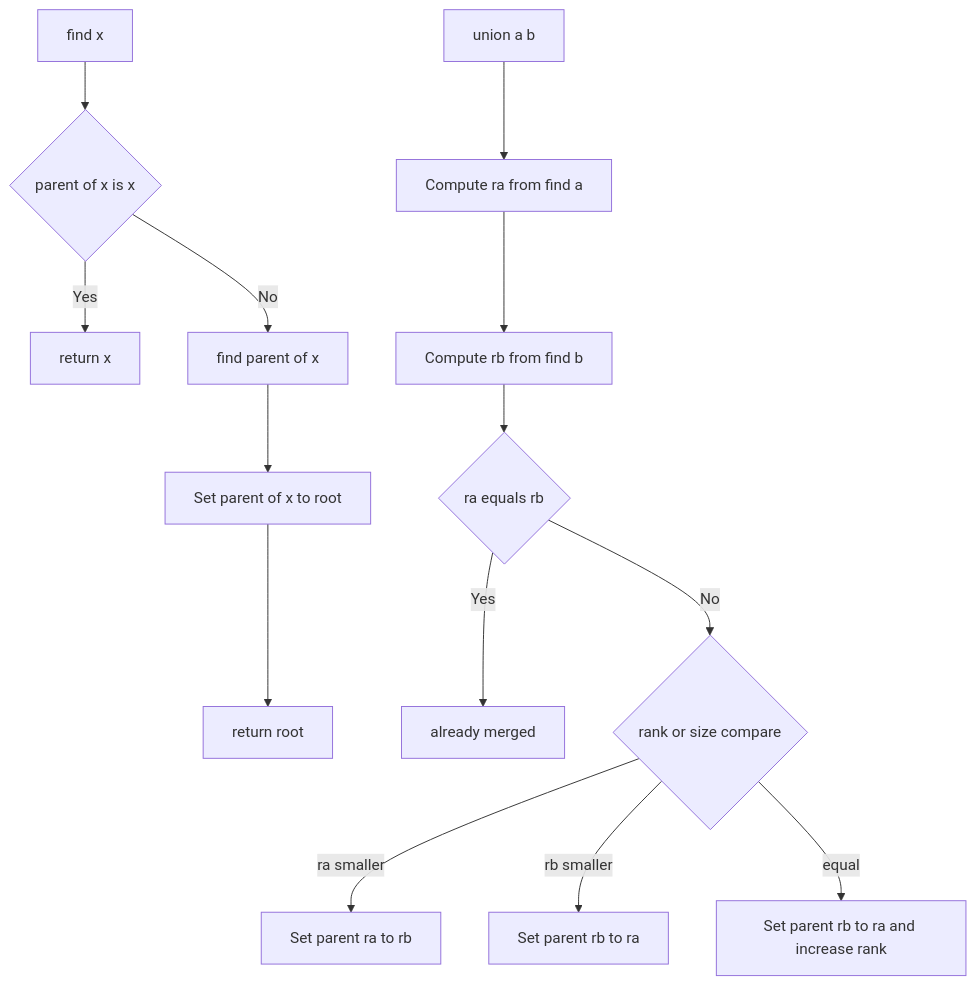
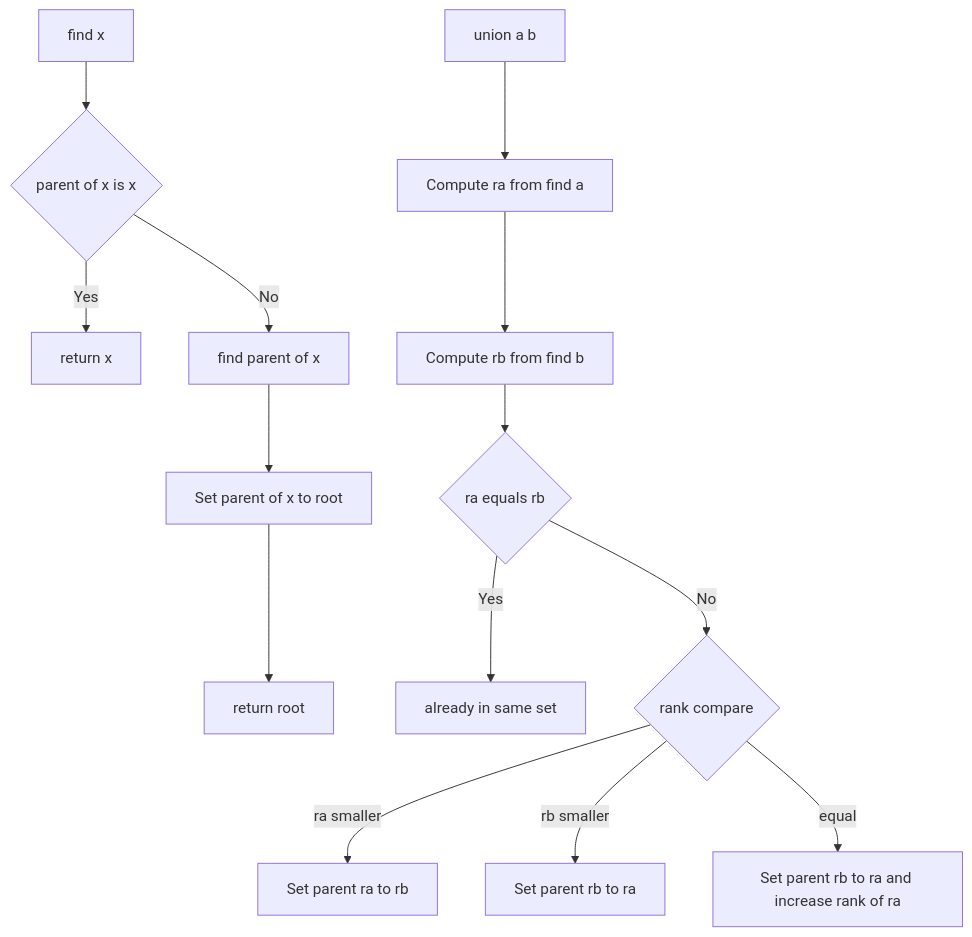
Before and after one commit to grafanaKibana/devbook.zip: the diagram in Vault/Software Engineering/02 Computer Science/Algorithms/Disjoint Set/Disjoint Set Union-Find.md, drawn with Mermaid. The commit also changed other lines of this file and 25 other files, not shown here.

````diff
--- a/Vault/Software Engineering/02 Computer Science/Algorithms/Disjoint Set/Disjoint Set Union-Find.md
+++ b/Vault/Software Engineering/02 Computer Science/Algorithms/Disjoint Set/Disjoint Set Union-Find.md
@@ -20,17 +26,17 @@
 ```mermaid
 graph TD
   A[find x] --> B{parent of x is x}
   B -->|Yes| C[return x]
   B -->|No| D[find parent of x]
   D --> E[Set parent of x to root]
   E --> F[return root]
 
   G[union a b] --> H[Compute ra from find a]
   H --> I[Compute rb from find b]
   I --> J{ra equals rb}
-  J -->|Yes| K[already merged]
-  J -->|No| L{rank or size compare}
+  J -->|Yes| K[already in same set]
+  J -->|No| L{rank compare}
   L -->|ra smaller| M[Set parent ra to rb]
   L -->|rb smaller| N[Set parent rb to ra]
-  L -->|equal| O[Set parent rb to ra and increase rank]
+  L -->|equal| O[Set parent rb to ra and increase rank of ra]
 ```
````
